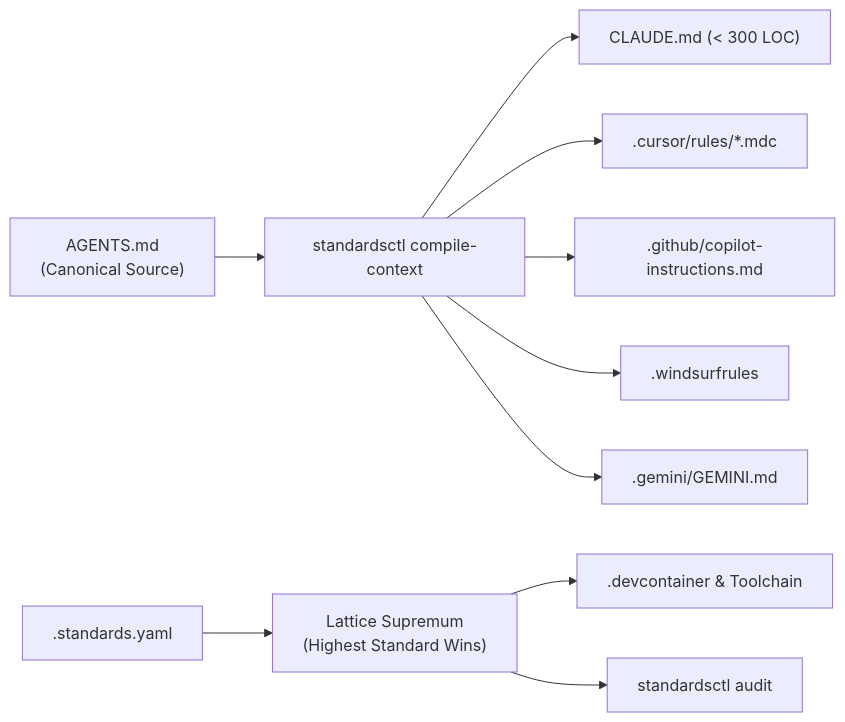
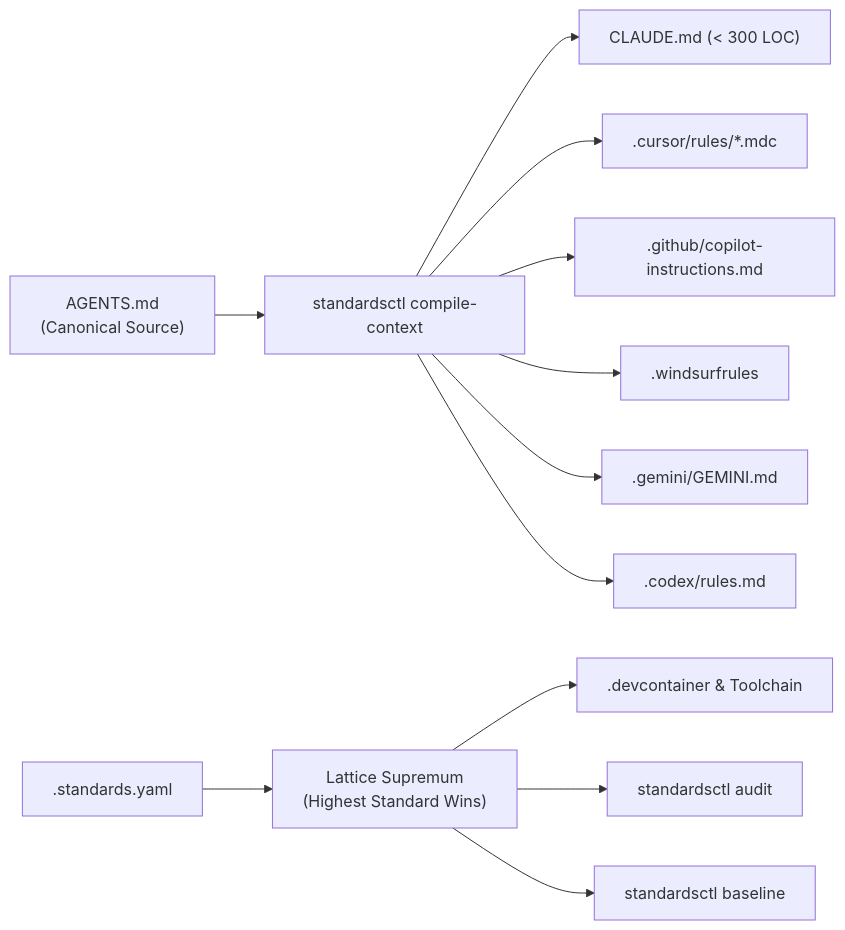
The diagram in README.md (cordanaLLM/praetor), drawn with Mermaid before and after one commit. The commit also changed other lines of this file and 63 other files, not shown here.

````diff
--- a/README.md
+++ b/README.md
@@ -11,13 +59,15 @@
 ```mermaid
 flowchart LR
     AGENTS["AGENTS.md\n(Canonical Source)"] --> COMP["standardsctl compile-context"]
     COMP --> C1["CLAUDE.md (< 300 LOC)"]
     COMP --> C2[".cursor/rules/*.mdc"]
     COMP --> C3[".github/copilot-instructions.md"]
     COMP --> C4[".windsurfrules"]
     COMP --> C5[".gemini/GEMINI.md"]
+    COMP --> C6[".codex/rules.md"]
     
     STANDARDS[".standards.yaml"] --> LATTICE["Lattice Supremum\n(Highest Standard Wins)"]
     LATTICE --> DEV[".devcontainer & Toolchain"]
     LATTICE --> AUDIT["standardsctl audit"]
+    LATTICE --> BASE["standardsctl baseline"]
 ```
````
